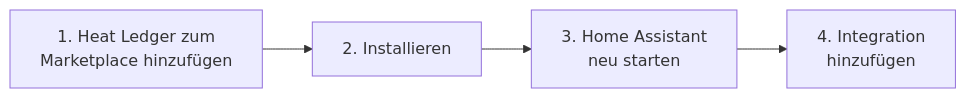
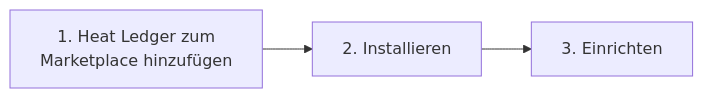
One commit to benep/heat_ledger changed the diagram in docs/installation.de.md. Above: the diagram before and after it, drawn with Mermaid. The commit also changed other lines of this file and 2 other files, not shown here.

Commit message:
Installation in three steps: the Marketplace button first, the setup starts by itself after Install, no restart; adding the integration again only as a link

````diff
--- a/docs/installation.de.md
+++ b/docs/installation.de.md
@@ -6,4 +6,4 @@
 ```mermaid
 flowchart LR
-    A["1. Heat Ledger zum<br>Marketplace hinzufügen"] --> B["2. Installieren"] --> C["3. Home Assistant<br>neu starten"] --> D["4. Integration<br>hinzufügen"]
+    A["1. Heat Ledger zum<br>Marketplace hinzufügen"] --> B["2. Installieren"] --> C["3. Einrichten"]
 ```
````
